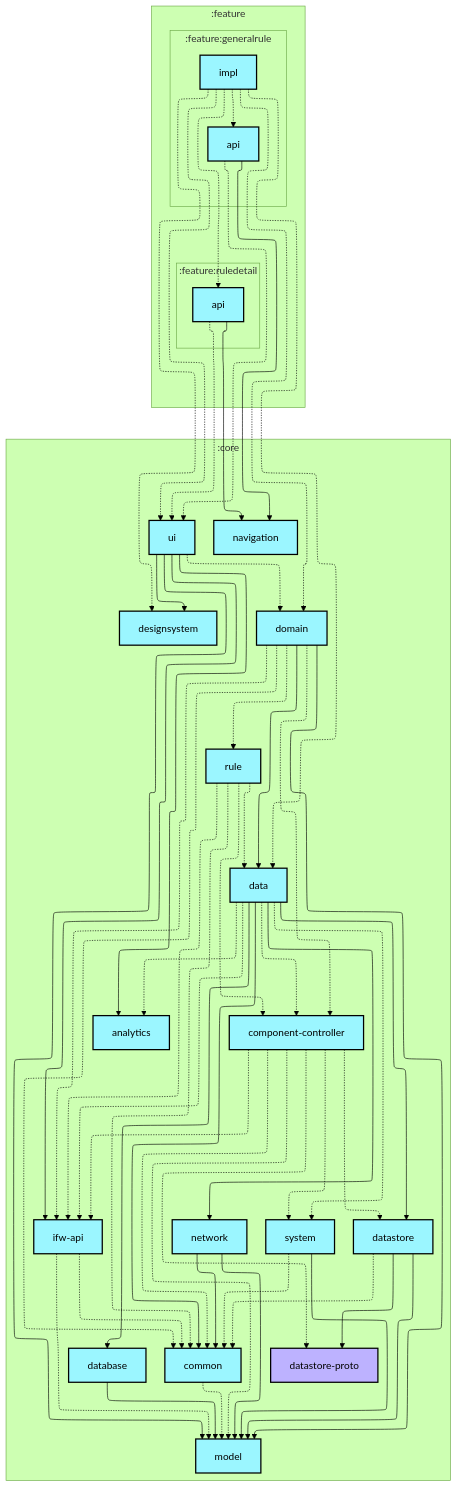
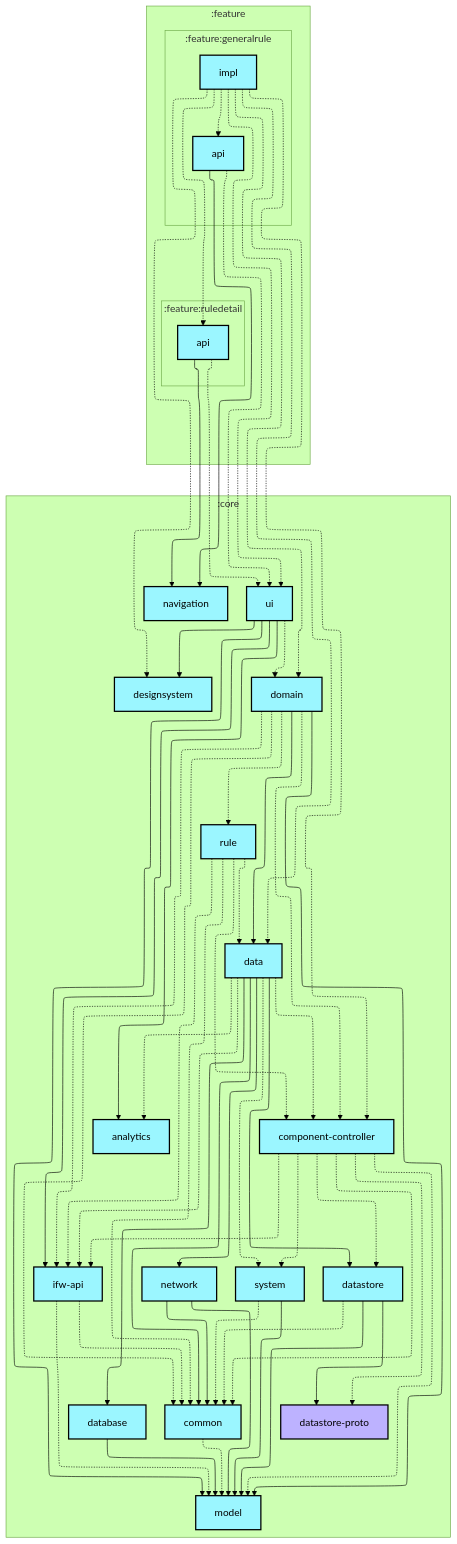
Before and after one commit to lihenggui/blocker: the first of 2 diagrams in feature/generalrule/impl/README.md, drawn with Mermaid (forest theme). The commit also changed 19 other files, not shown here.

```diff
--- a/feature/generalrule/impl/README.md
+++ b/feature/generalrule/impl/README.md
@@ -85,6 +85,7 @@
   :core:ui --> :core:model
   :feature:generalrule:api --> :core:navigation
   :feature:generalrule:api -.-> :core:ui
+  :feature:generalrule:impl -.-> :core:component-controller
   :feature:generalrule:impl -.-> :core:data
   :feature:generalrule:impl -.-> :core:designsystem
   :feature:generalrule:impl -.-> :core:domain
```
